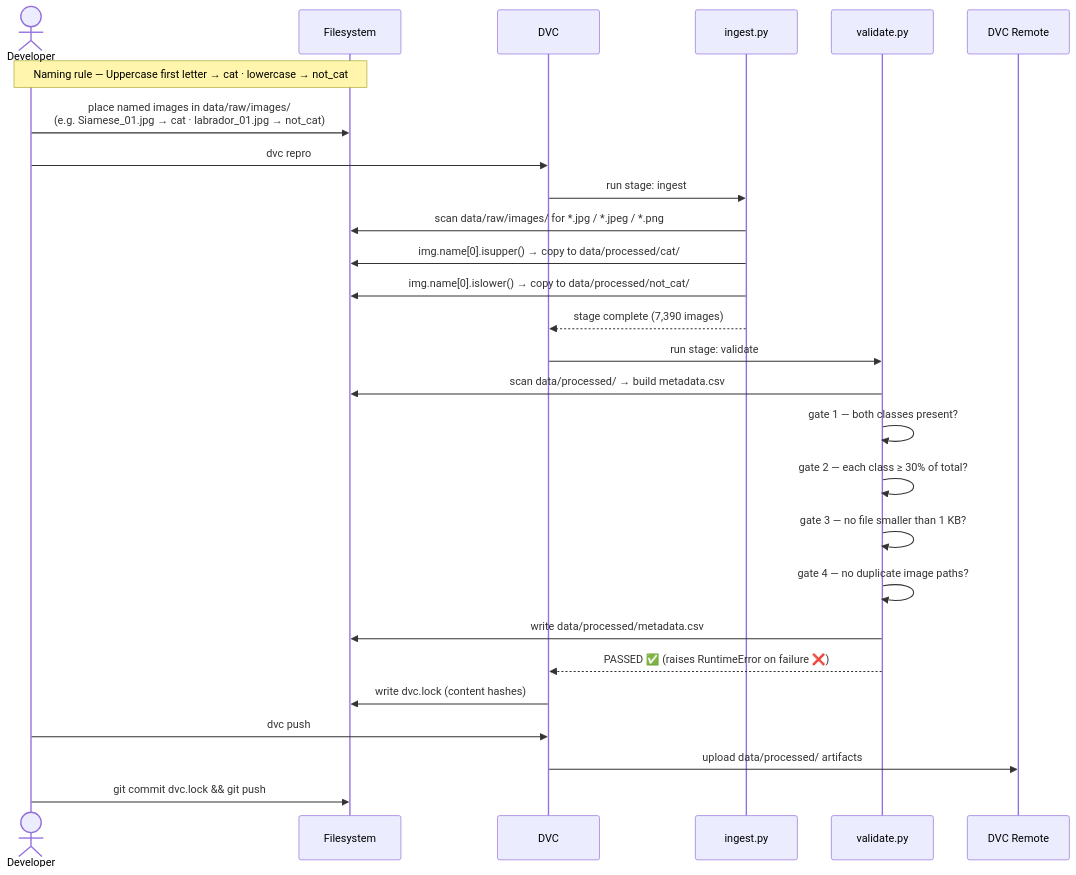
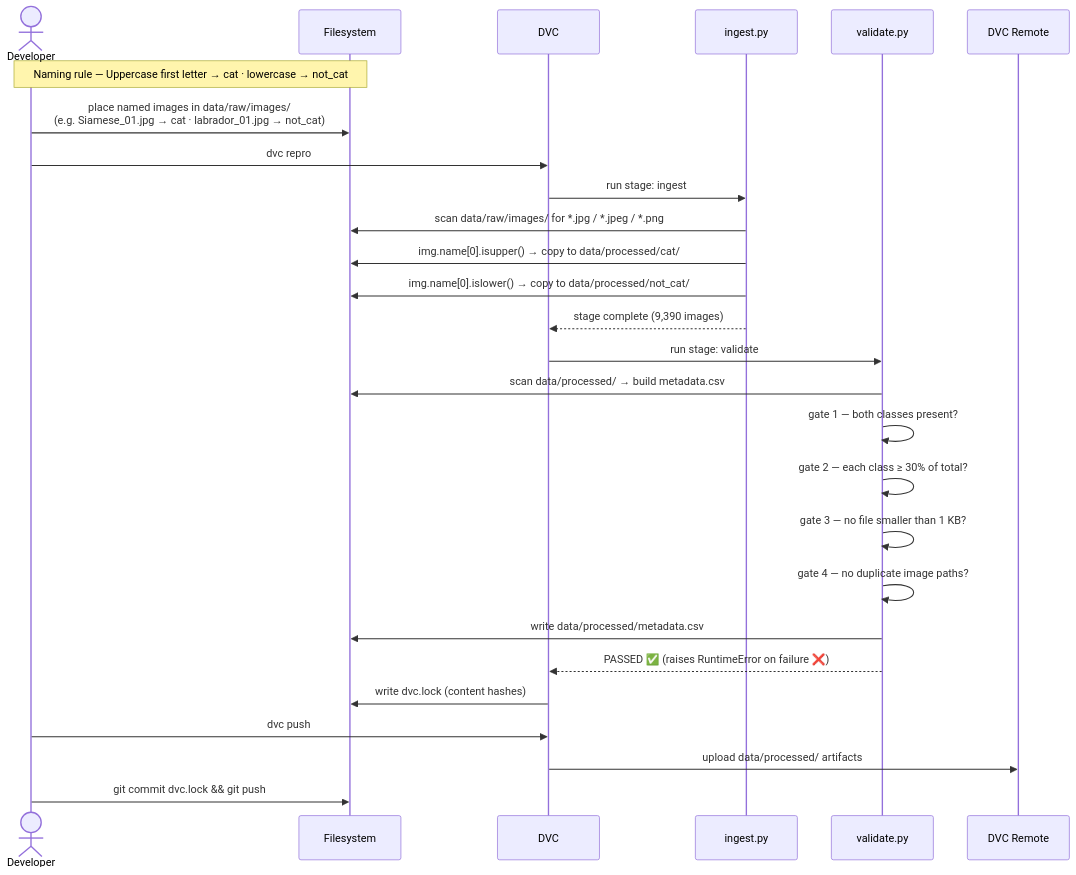
Before and after one commit to afonsocosta90/purr-duction-pipeline: the second of 8 diagrams in docs/Architecture.md, drawn with Mermaid. The commit also changed 5 other files, not shown here.

````diff
--- a/docs/Architecture.md
+++ b/docs/Architecture.md
@@ -102,30 +102,30 @@
 ```mermaid
 sequenceDiagram
     actor Dev as Developer
     participant FS as Filesystem
     participant DVC
     participant Ingest as ingest.py
     participant Validate as validate.py
     participant Remote as DVC Remote
 
     Note over Dev,FS: Naming rule — Uppercase first letter → cat · lowercase → not_cat
     Dev->>FS: place named images in data/raw/images/<br/>(e.g. Siamese_01.jpg → cat · labrador_01.jpg → not_cat)
     Dev->>DVC: dvc repro
     DVC->>Ingest: run stage: ingest
     Ingest->>FS: scan data/raw/images/ for *.jpg / *.jpeg / *.png
     Ingest->>FS: img.name[0].isupper() → copy to data/processed/cat/
     Ingest->>FS: img.name[0].islower() → copy to data/processed/not_cat/
-    Ingest-->>DVC: stage complete (7,390 images)
+    Ingest-->>DVC: stage complete (9,390 images)
     DVC->>Validate: run stage: validate
     Validate->>FS: scan data/processed/ → build metadata.csv
     Validate->>Validate: gate 1 — both classes present?
     Validate->>Validate: gate 2 — each class ≥ 30% of total?
     Validate->>Validate: gate 3 — no file smaller than 1 KB?
     Validate->>Validate: gate 4 — no duplicate image paths?
     Validate->>FS: write data/processed/metadata.csv
     Validate-->>DVC: PASSED ✅ (raises RuntimeError on failure ❌)
     DVC->>FS: write dvc.lock (content hashes)
     Dev->>DVC: dvc push
     DVC->>Remote: upload data/processed/ artifacts
     Dev->>FS: git commit dvc.lock && git push
 ```
````
